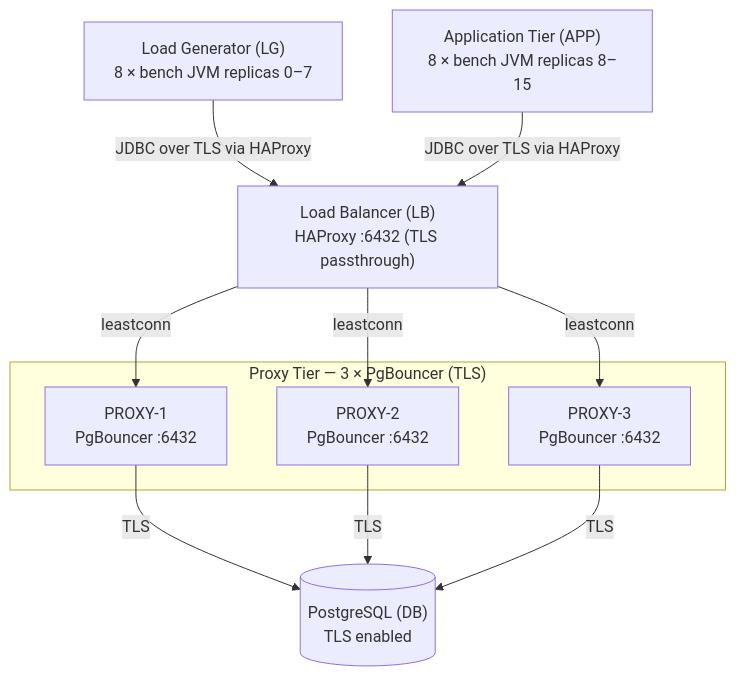
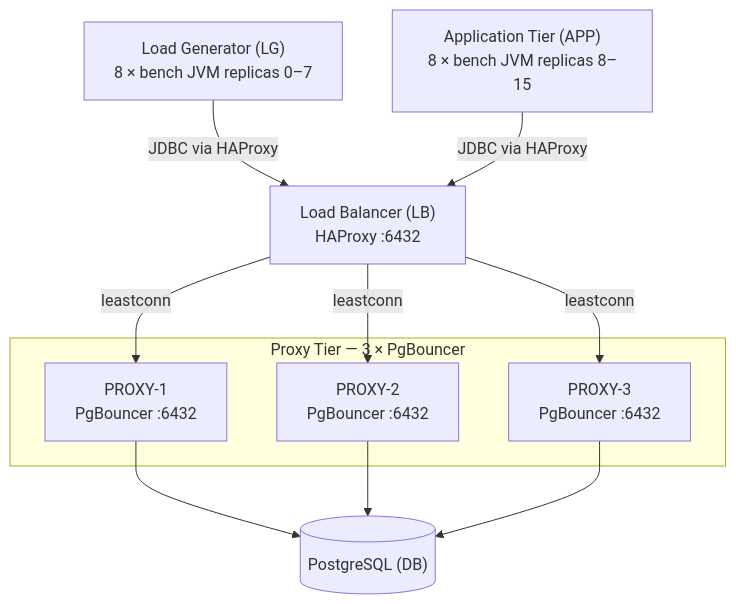
The first of 3 diagrams in docs/BENCHMARKING_GUIDE.md (rrobetti/stressar), drawn with Mermaid before and after one commit. The commit also changed other lines of this file and 5 other files, not shown here.

````diff
--- a/docs/BENCHMARKING_GUIDE.md
+++ b/docs/BENCHMARKING_GUIDE.md
@@ -71,23 +76,23 @@
 ```mermaid
 graph TD
     LG["Load Generator (LG)\n8 × bench JVM replicas 0–7"]
     APP["Application Tier (APP)\n8 × bench JVM replicas 8–15"]
-    LB["Load Balancer (LB)\nHAProxy :6432 (TLS passthrough)"]
+    LB["Load Balancer (LB)\nHAProxy :6432"]
 
-    subgraph PROXY_TIER ["Proxy Tier — 3 × PgBouncer (TLS)"]
+    subgraph PROXY_TIER ["Proxy Tier — 3 × PgBouncer"]
         P1["PROXY-1\nPgBouncer :6432"]
         P2["PROXY-2\nPgBouncer :6432"]
         P3["PROXY-3\nPgBouncer :6432"]
     end
 
-    DB[("PostgreSQL (DB)\nTLS enabled")]
+    DB[("PostgreSQL (DB)")]
 
-    LG -- "JDBC over TLS via HAProxy" --> LB
-    APP -- "JDBC over TLS via HAProxy" --> LB
+    LG -- "JDBC via HAProxy" --> LB
+    APP -- "JDBC via HAProxy" --> LB
     LB -- "leastconn" --> P1
     LB -- "leastconn" --> P2
     LB -- "leastconn" --> P3
-    P1 -- "TLS" --> DB
-    P2 -- "TLS" --> DB
-    P3 -- "TLS" --> DB
+    P1 --> DB
+    P2 --> DB
+    P3 --> DB
 ```
````
